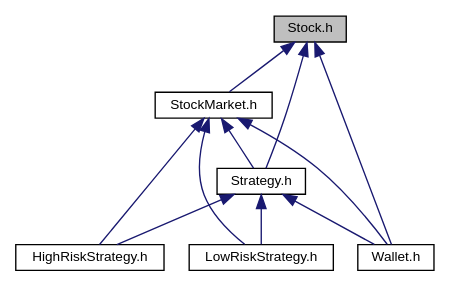
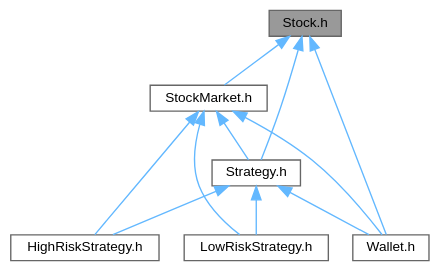
Before and after one commit to KoniHD/stock_sim_uni: the diagram in docs/Stock_8h__dep__incl.dot, drawn with Graphviz. The commit also changed 174 other files, not shown here.

```diff
--- a/docs/Stock_8h__dep__incl.dot
+++ b/docs/Stock_8h__dep__incl.dot
@@ -1,22 +1,23 @@
 digraph "Stock.h"
 {
  // LATEX_PDF_SIZE
-  edge [fontname="Helvetica",fontsize="10",labelfontname="Helvetica",labelfontsize="10"];
-  node [fontname="Helvetica",fontsize="10",shape=record];
-  Node1 [label="Stock.h",height=0.2,width=0.4,color="black", fillcolor="grey75", style="filled", fontcolor="black",tooltip=" "];
-  Node1 -> Node2 [dir="back",color="midnightblue",fontsize="10",style="solid",fontname="Helvetica"];
-  Node2 [label="StockMarket.h",height=0.2,width=0.4,color="black", fillcolor="white", style="filled",URL="$StockMarket_8h.html",tooltip=" "];
-  Node2 -> Node3 [dir="back",color="midnightblue",fontsize="10",style="solid",fontname="Helvetica"];
-  Node3 [label="HighRiskStrategy.h",height=0.2,width=0.4,color="black", fillcolor="white", style="filled",URL="$HighRiskStrategy_8h.html",tooltip=" "];
-  Node2 -> Node4 [dir="back",color="midnightblue",fontsize="10",style="solid",fontname="Helvetica"];
-  Node4 [label="Strategy.h",height=0.2,width=0.4,color="black", fillcolor="white", style="filled",URL="$Strategy_8h.html",tooltip=" "];
-  Node4 -> Node3 [dir="back",color="midnightblue",fontsize="10",style="solid",fontname="Helvetica"];
-  Node4 -> Node5 [dir="back",color="midnightblue",fontsize="10",style="solid",fontname="Helvetica"];
-  Node5 [label="LowRiskStrategy.h",height=0.2,width=0.4,color="black", fillcolor="white", style="filled",URL="$LowRiskStrategy_8h.html",tooltip=" "];
-  Node4 -> Node6 [dir="back",color="midnightblue",fontsize="10",style="solid",fontname="Helvetica"];
-  Node6 [label="Wallet.h",height=0.2,width=0.4,color="black", fillcolor="white", style="filled",URL="$Wallet_8h.html",tooltip=" "];
-  Node2 -> Node5 [dir="back",color="midnightblue",fontsize="10",style="solid",fontname="Helvetica"];
-  Node2 -> Node6 [dir="back",color="midnightblue",fontsize="10",style="solid",fontname="Helvetica"];
-  Node1 -> Node4 [dir="back",color="midnightblue",fontsize="10",style="solid",fontname="Helvetica"];
-  Node1 -> Node6 [dir="back",color="midnightblue",fontsize="10",style="solid",fontname="Helvetica"];
+  bgcolor="transparent";
+  edge [fontname=Helvetica,fontsize=10,labelfontname=Helvetica,labelfontsize=10];
+  node [fontname=Helvetica,fontsize=10,shape=box,height=0.2,width=0.4];
+  Node1 [id="Node000001",label="Stock.h",height=0.2,width=0.4,color="gray40", fillcolor="grey60", style="filled", fontcolor="black",tooltip=" "];
+  Node1 -> Node2 [id="edge1_Node000001_Node000002",dir="back",color="steelblue1",style="solid",tooltip=" "];
+  Node2 [id="Node000002",label="StockMarket.h",height=0.2,width=0.4,color="grey40", fillcolor="white", style="filled",URL="$StockMarket_8h.html",tooltip=" "];
+  Node2 -> Node3 [id="edge2_Node000002_Node000003",dir="back",color="steelblue1",style="solid",tooltip=" "];
+  Node3 [id="Node000003",label="HighRiskStrategy.h",height=0.2,width=0.4,color="grey40", fillcolor="white", style="filled",URL="$HighRiskStrategy_8h.html",tooltip=" "];
+  Node2 -> Node4 [id="edge3_Node000002_Node000004",dir="back",color="steelblue1",style="solid",tooltip=" "];
+  Node4 [id="Node000004",label="LowRiskStrategy.h",height=0.2,width=0.4,color="grey40", fillcolor="white", style="filled",URL="$LowRiskStrategy_8h.html",tooltip=" "];
+  Node2 -> Node5 [id="edge4_Node000002_Node000005",dir="back",color="steelblue1",style="solid",tooltip=" "];
+  Node5 [id="Node000005",label="Strategy.h",height=0.2,width=0.4,color="grey40", fillcolor="white", style="filled",URL="$Strategy_8h.html",tooltip=" "];
+  Node5 -> Node3 [id="edge5_Node000005_Node000003",dir="back",color="steelblue1",style="solid",tooltip=" "];
+  Node5 -> Node4 [id="edge6_Node000005_Node000004",dir="back",color="steelblue1",style="solid",tooltip=" "];
+  Node5 -> Node6 [id="edge7_Node000005_Node000006",dir="back",color="steelblue1",style="solid",tooltip=" "];
+  Node6 [id="Node000006",label="Wallet.h",height=0.2,width=0.4,color="grey40", fillcolor="white", style="filled",URL="$Wallet_8h.html",tooltip=" "];
+  Node2 -> Node6 [id="edge8_Node000002_Node000006",dir="back",color="steelblue1",style="solid",tooltip=" "];
+  Node1 -> Node5 [id="edge9_Node000001_Node000005",dir="back",color="steelblue1",style="solid",tooltip=" "];
+  Node1 -> Node6 [id="edge10_Node000001_Node000006",dir="back",color="steelblue1",style="solid",tooltip=" "];
 }
```
